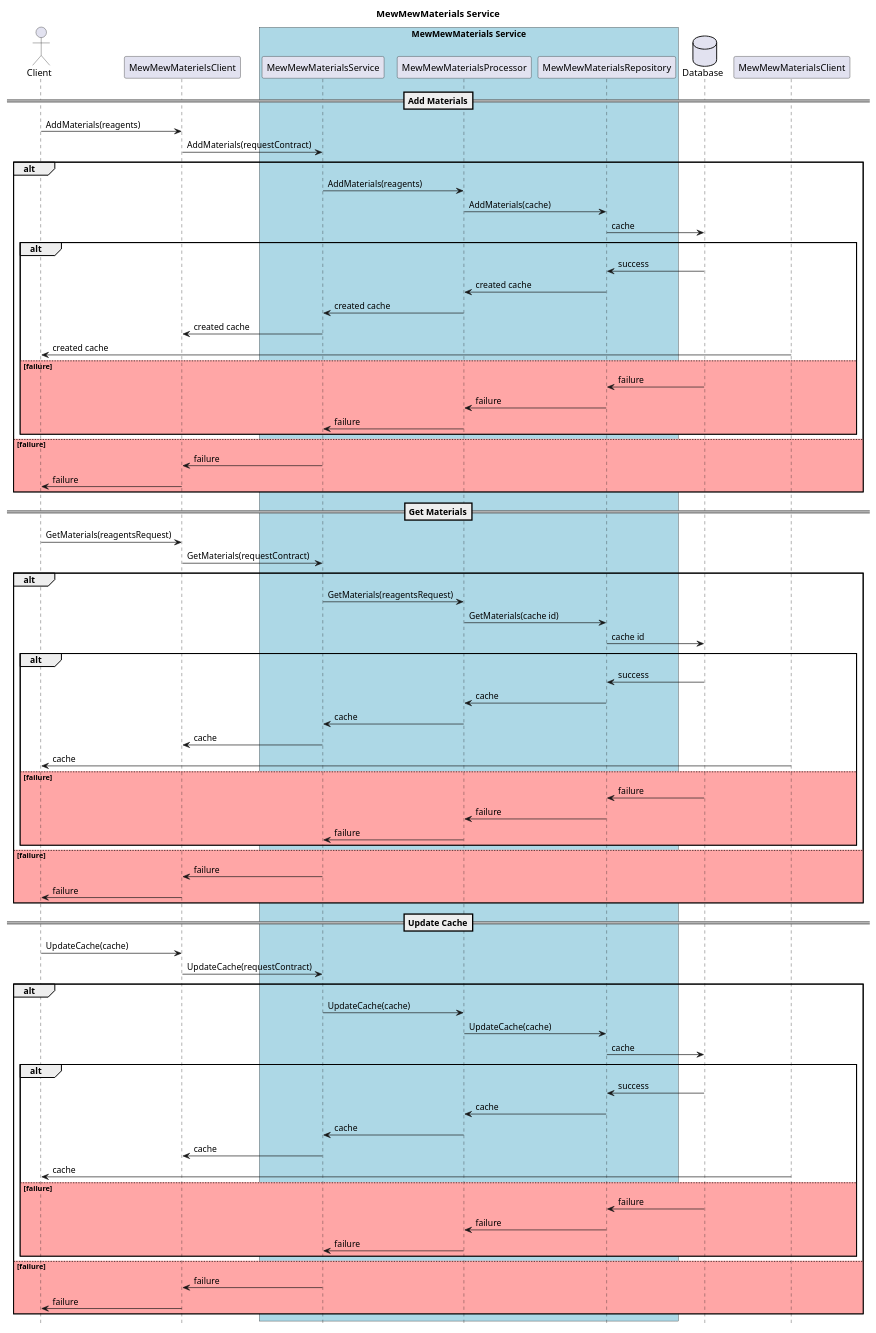
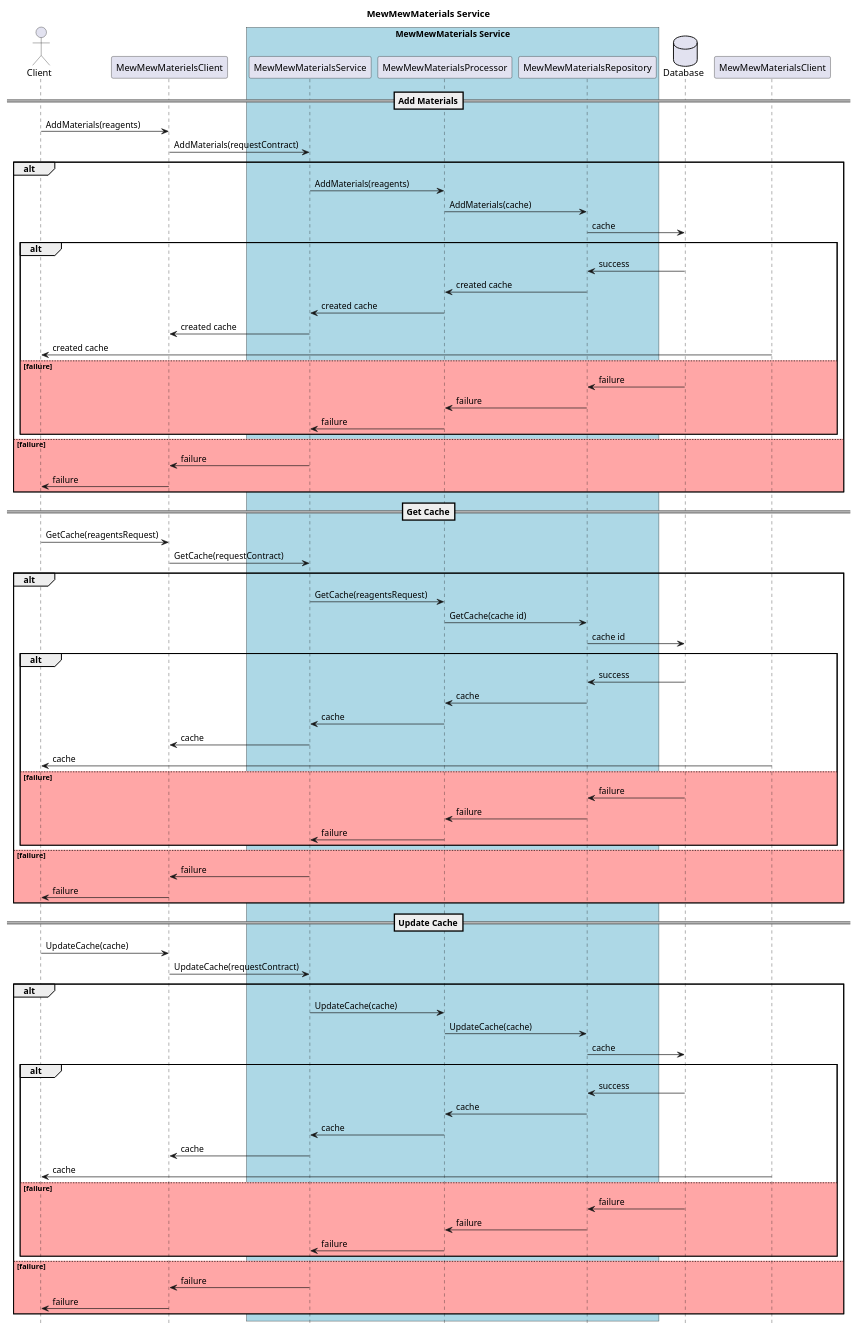
The diagram in docs/design/materials/service-design.wsd (AmberFalbo/cat-coven), drawn with PlantUML before and after one commit. The commit also changed 21 other files, not shown here.

```diff
--- a/docs/design/materials/service-design.wsd
+++ b/docs/design/materials/service-design.wsd
@@ -1,88 +1,88 @@
 @startuml mew-mew-materials-sequence
 
 hide footbox
 Title MewMewMaterials Service
 
 actor Client
 
 participant MewMewMaterielsClient
 box "MewMewMaterials Service" #LightBlue
     participant MewMewMaterialsService
     participant MewMewMaterialsProcessor
     participant MewMewMaterialsRepository
 end box
 database Database
 
 ==Add Materials==
 
 Client -> MewMewMaterielsClient : AddMaterials(reagents)
 MewMewMaterielsClient -> MewMewMaterialsService : AddMaterials(requestContract)
 alt
     MewMewMaterialsService -> MewMewMaterialsProcessor : AddMaterials(reagents)
     MewMewMaterialsProcessor -> MewMewMaterialsRepository : AddMaterials(cache)
     MewMewMaterialsRepository -> Database : cache
     alt
         Database -> MewMewMaterialsRepository : success
         MewMewMaterialsRepository -> MewMewMaterialsProcessor : created cache
         MewMewMaterialsProcessor -> MewMewMaterialsService : created cache
         MewMewMaterialsService -> MewMewMaterielsClient : created cache
         MewMewMaterialsClient -> Client : created cache
     else #FFA6A6 failure
         Database -> MewMewMaterialsRepository : failure
         MewMewMaterialsRepository -> MewMewMaterialsProcessor : failure
         MewMewMaterialsProcessor -> MewMewMaterialsService : failure
     end 
 else #FFA6A6 failure
     MewMewMaterialsService -> MewMewMaterielsClient : failure
     MewMewMaterielsClient -> Client : failure
 end
 
-==Get Materials==
+==Get Cache==
 
-Client -> MewMewMaterielsClient : GetMaterials(reagentsRequest)
-MewMewMaterielsClient -> MewMewMaterialsService : GetMaterials(requestContract)
+Client -> MewMewMaterielsClient : GetCache(reagentsRequest)
+MewMewMaterielsClient -> MewMewMaterialsService : GetCache(requestContract)
 alt
-    MewMewMaterialsService -> MewMewMaterialsProcessor : GetMaterials(reagentsRequest)
-    MewMewMaterialsProcessor -> MewMewMaterialsRepository : GetMaterials(cache id)
+    MewMewMaterialsService -> MewMewMaterialsProcessor : GetCache(reagentsRequest)
+    MewMewMaterialsProcessor -> MewMewMaterialsRepository : GetCache(cache id)
     MewMewMaterialsRepository -> Database : cache id
     alt
         Database -> MewMewMaterialsRepository : success
         MewMewMaterialsRepository -> MewMewMaterialsProcessor : cache
         MewMewMaterialsProcessor -> MewMewMaterialsService : cache
         MewMewMaterialsService -> MewMewMaterielsClient : cache
         MewMewMaterialsClient -> Client : cache
     else #FFA6A6 failure
         Database -> MewMewMaterialsRepository : failure
         MewMewMaterialsRepository -> MewMewMaterialsProcessor : failure
         MewMewMaterialsProcessor -> MewMewMaterialsService : failure
     end 
 else #FFA6A6 failure
     MewMewMaterialsService -> MewMewMaterielsClient : failure
     MewMewMaterielsClient -> Client : failure
 end
 
 ==Update Cache==
 
 Client -> MewMewMaterielsClient : UpdateCache(cache)
 MewMewMaterielsClient -> MewMewMaterialsService : UpdateCache(requestContract)
 alt
     MewMewMaterialsService -> MewMewMaterialsProcessor : UpdateCache(cache)
     MewMewMaterialsProcessor -> MewMewMaterialsRepository : UpdateCache(cache)
     MewMewMaterialsRepository -> Database : cache
     alt
         Database -> MewMewMaterialsRepository : success
         MewMewMaterialsRepository -> MewMewMaterialsProcessor : cache
         MewMewMaterialsProcessor -> MewMewMaterialsService : cache
         MewMewMaterialsService -> MewMewMaterielsClient : cache
         MewMewMaterialsClient -> Client : cache
     else #FFA6A6 failure
         Database -> MewMewMaterialsRepository : failure
         MewMewMaterialsRepository -> MewMewMaterialsProcessor : failure
         MewMewMaterialsProcessor -> MewMewMaterialsService : failure
     end 
 else #FFA6A6 failure
     MewMewMaterialsService -> MewMewMaterielsClient : failure
     MewMewMaterielsClient -> Client : failure
 end
 
 @enduml
```
